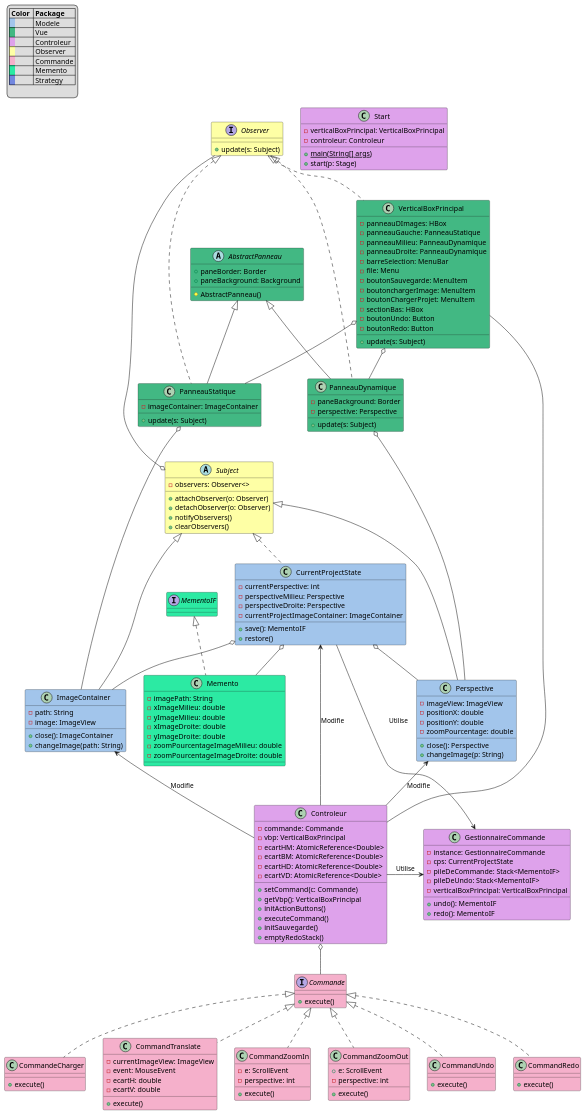
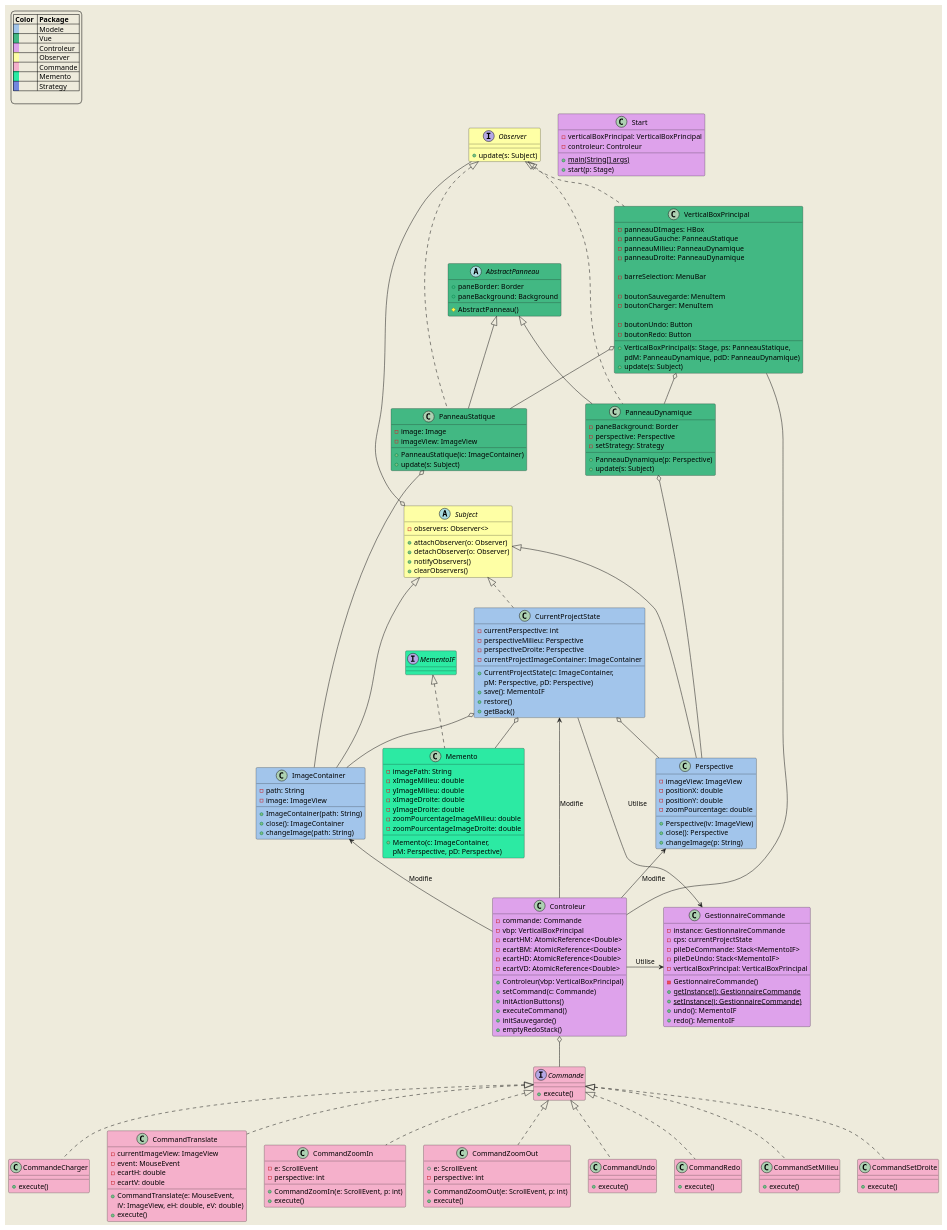
One commit to VelaSam/PerspectivePro changed the diagram in src/diagrammes/diagramme_de_classe_global.puml. Above: the diagram before and after it, drawn with PlantUML.

Commit message:
Diagramme de classes changements finaux

```diff
--- a/src/diagrammes/diagramme_de_classe_global.puml
+++ b/src/diagrammes/diagramme_de_classe_global.puml
@@ -1,7 +1,7 @@
 @startuml
 
 
-'skinparam backgroundColor #EEEBDC
+skinparam backgroundColor #EEEBDC
 
 legend top left
  |= Color  |= Package |
@@ -50,6 +50,8 @@
         -ecartH: double
         -ecartV: double
 
+        +CommandTranslate(e: MouseEvent,
+        iV: ImageView, eH: double, eV: double)
         +execute()
     }
 
@@ -57,6 +59,7 @@
         -e: ScrollEvent
         -perspective: int
 
+        +CommandZoomIn(e: ScrollEvent, p: int)
         +execute()
     }
 
@@ -64,6 +67,7 @@
         +e: ScrollEvent
         -perspective: int
 
+        +CommandZoomOut(e: ScrollEvent, p: int)
         +execute()
     }
 
@@ -74,17 +78,28 @@
     class CommandRedo #F5B0CB implements Commande{
         +execute()
     }
+
+    class CommandSetMilieu #F5B0CB implements Commande{
+        +execute()
+    }
+
+    class CommandSetDroite #F5B0CB implements Commande{
+        +execute()
+    }
     '-----------COMMAND--------------'
 
 
     '-----------SINGLETON--------------'
     class GestionnaireCommande #dea2eb{
         -instance: GestionnaireCommande
-        -cps: CurrentProjectState
+        -cps: currentProjectState
         -pileDeCommande: Stack<MementoIF>
         -pileDeUndo: Stack<MementoIF>
         -verticalBoxPrincipal: VerticalBoxPrincipal
 
+        -GestionnaireCommande()
+        +{static} getInstance(): GestionnaireCommande
+        +{static} setInstance(i: GestionnaireCommande)
         +undo(): MementoIF
         +redo(): MementoIF
     }
@@ -106,6 +121,9 @@
         -yImageDroite: double
         -zoomPourcentageImageMilieu: double
         -zoomPourcentageImageDroite: double
+
+        +Memento(c: ImageContainer,
+        pM: Perspective, pD: Perspective)
     }
     '-----------MEMENTO--------------'
 
@@ -117,14 +135,18 @@
         -perspectiveDroite: Perspective
         -currentProjectImageContainer: ImageContainer
 
+        +CurrentProjectState(c: ImageContainer,
+        pM: Perspective, pD: Perspective)
         +save(): MementoIF
         +restore()
+        +getBack()
     }
 
     class ImageContainer #a2c5eb extends Subject {
         -path: String
         -image: ImageView
 
+        +ImageContainer(path: String)
         +close(): ImageContainer
         +changeImage(path: String)
     }
@@ -135,6 +157,7 @@
         -positionY: double
         -zoomPourcentage: double
 
+        +Perspective(iv: ImageView)
         +close(): Perspective
         +changeImage(p: String)
     }
@@ -149,8 +172,8 @@
         -ecartHD: AtomicReference<Double>
         -ecartVD: AtomicReference<Double>
 
+        +Controleur(vbp: VerticalBoxPrincipal)
         +setCommand(c: Commande)
-        +getVbp(): VerticalBoxPrincipal
         +initActionButtons()
         +executeCommand()
         +initSauvegarde()
@@ -175,35 +198,44 @@
     }
 
     class VerticalBoxPrincipal #42b883 implements Observer {
+
         -panneauDImages: HBox
         -panneauGauche: PanneauStatique
         -panneauMilieu: PanneauDynamique
         -panneauDroite: PanneauDynamique
+
         -barreSelection: MenuBar
-        -file: Menu
+
         -boutonSauvegarde: MenuItem
-        -boutonchargerImage: MenuItem
-        -boutonChargerProjet: MenuItem
-        -sectionBas: HBox
+        -boutonCharger: MenuItem
+
         -boutonUndo: Button
         -boutonRedo: Button
 
+        +VerticalBoxPrincipal(s: Stage, ps: PanneauStatique,
+        pdM: PanneauDynamique, pdD: PanneauDynamique)
         +update(s: Subject)
     }
 
     class PanneauStatique #42b883 extends AbstractPanneau implements Observer{
-        -imageContainer: ImageContainer
 
+        -image: Image
+        -imageView: ImageView
+
+        +PanneauStatique(ic: ImageContainer)
         +update(s: Subject)
     }
 
     class PanneauDynamique #42b883 extends AbstractPanneau implements Observer{
         -paneBackground: Border
         -perspective: Perspective
+        -setStrategy: Strategy
 
+        +PanneauDynamique(p: Perspective)
         +update(s: Subject)
     }
     '-------------VUE--------------'
+
 
    Observer --o Subject
    Controleur -> GestionnaireCommande : Utilise
@@ -236,7 +268,4 @@
 
 
 
-
-
-
 @enduml
```
